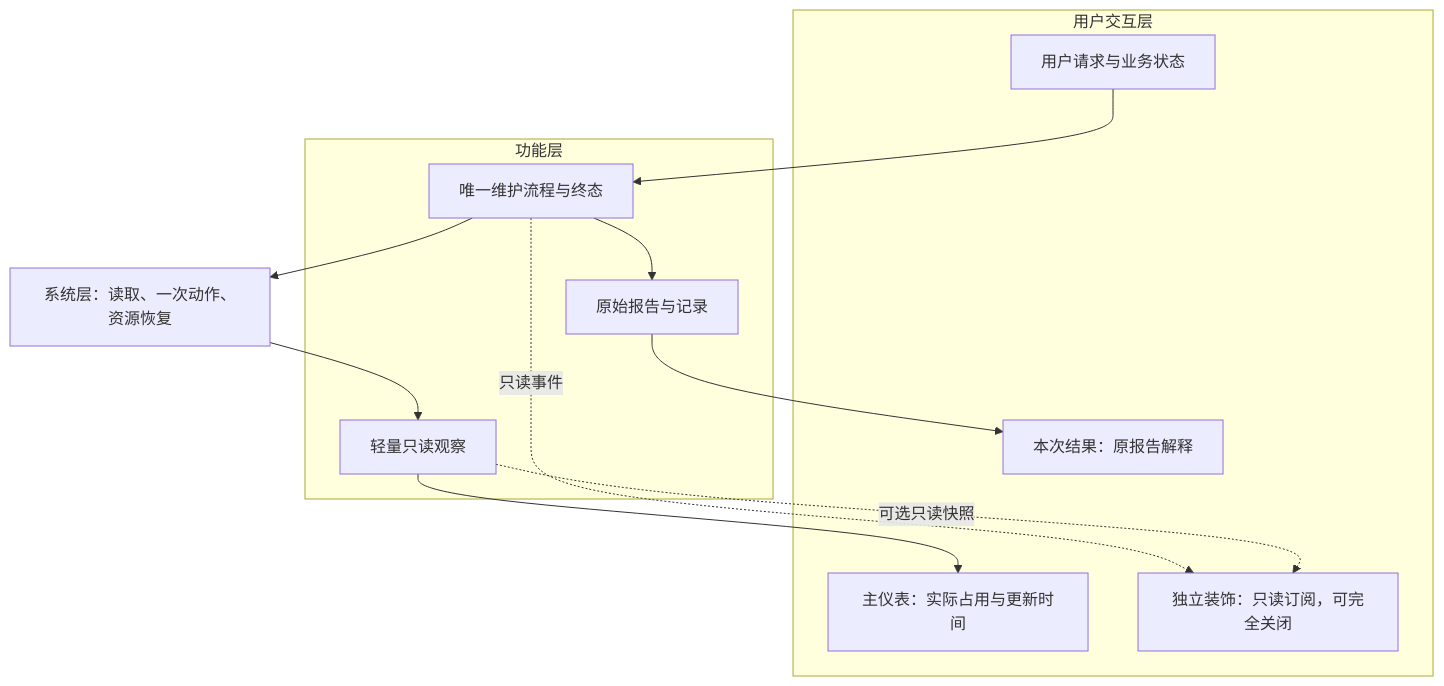
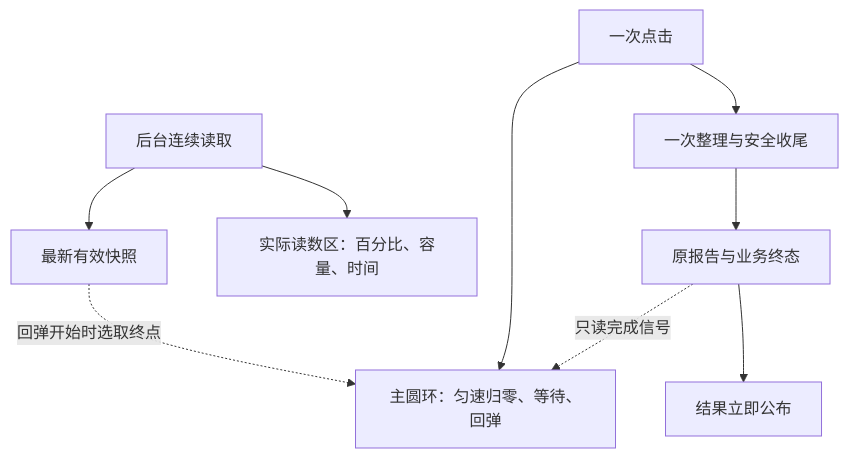
Before and after one commit to DreamSoul-AI/cpu-memory-cleanup: diagram 11 of 12 in docs/架构设计 Architecture Design CPU 内存清理.md, drawn with Mermaid. The commit also changed other lines of this file and 16 other files, not shown here.

````diff
--- a/docs/架构设计 Architecture Design CPU 内存清理.md
+++ b/docs/架构设计 Architecture Design CPU 内存清理.md
@@ -489,23 +490,11 @@
 ```mermaid
 flowchart TB
-    subgraph UI[用户交互层]
-        LIVE["主仪表：实际占用与更新时间"]
-        RESULT["本次结果：原报告解释"]
-        EFFECT["独立装饰：只读订阅，可完全关闭"]
-        REQUEST["用户请求与业务状态"]
-    end
-    subgraph FUNCTION[功能层]
-        OBSERVE["轻量只读观察"]
-        JOB["唯一维护流程与终态"]
-        REPORT["原始报告与记录"]
-    end
-    SYSTEM["系统层：读取、一次动作、资源恢复"]
-    REQUEST --> JOB
-    JOB --> SYSTEM
-    SYSTEM --> OBSERVE
-    OBSERVE --> LIVE
-    JOB --> REPORT
-    REPORT --> RESULT
-    JOB -."只读事件".-> EFFECT
-    OBSERVE -."可选只读快照".-> EFFECT
+    OBS["后台连续读取"] --> ACTUAL["实际读数区：百分比、容量、时间"]
+    OBS --> CACHE["最新有效快照"]
+    USER["一次点击"] --> JOB["一次整理与安全收尾"]
+    USER --> VISUAL["主圆环：匀速归零、等待、回弹"]
+    JOB --> REPORT["原报告与业务终态"]
+    REPORT --> RESULT["结果立即公布"]
+    REPORT -."只读完成信号".-> VISUAL
+    CACHE -."回弹开始时选取终点".-> VISUAL
 ```
````
